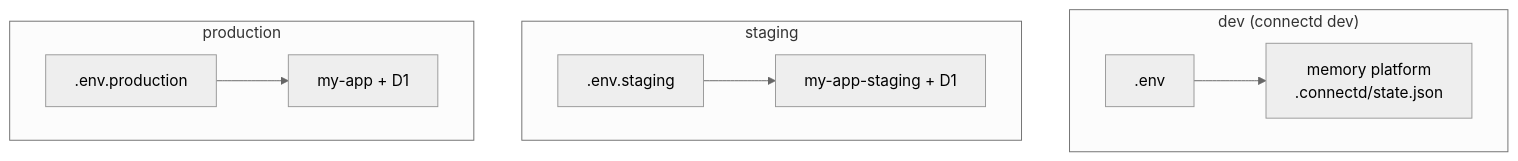
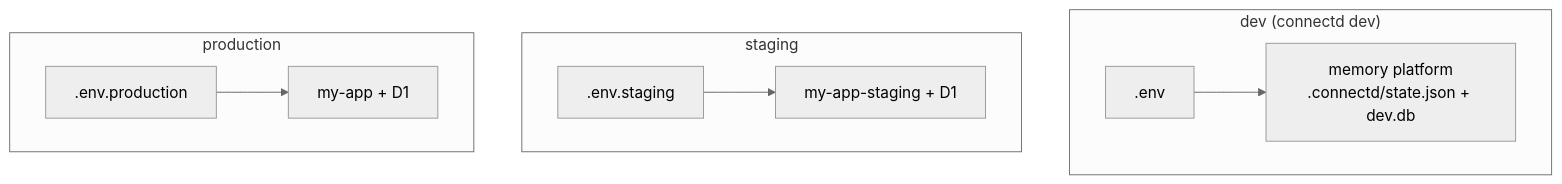
The second of 2 diagrams in docs/src/content/docs/guides/deploying.md (Kavishkagaya/connectd), drawn with Mermaid (neutral theme) before and after one commit. The commit also changed other lines of this file and 128 other files, not shown here.

````diff
--- a/docs/src/content/docs/guides/deploying.md
+++ b/docs/src/content/docs/guides/deploying.md
@@ -85,12 +87,12 @@
 ```mermaid
 flowchart TB
   subgraph dev["dev (connectd dev)"]
-    E1[".env"] --> M["memory platform<br/>.connectd/state.json"]
+    E1[".env"] --> M["memory platform<br/>.connectd/state.json + dev.db"]
   end
   subgraph stg["staging"]
     E2[".env.staging"] --> W2["my-app-staging + D1"]
   end
   subgraph prod["production"]
     E3[".env.production"] --> W3["my-app + D1"]
   end
 ```
````
